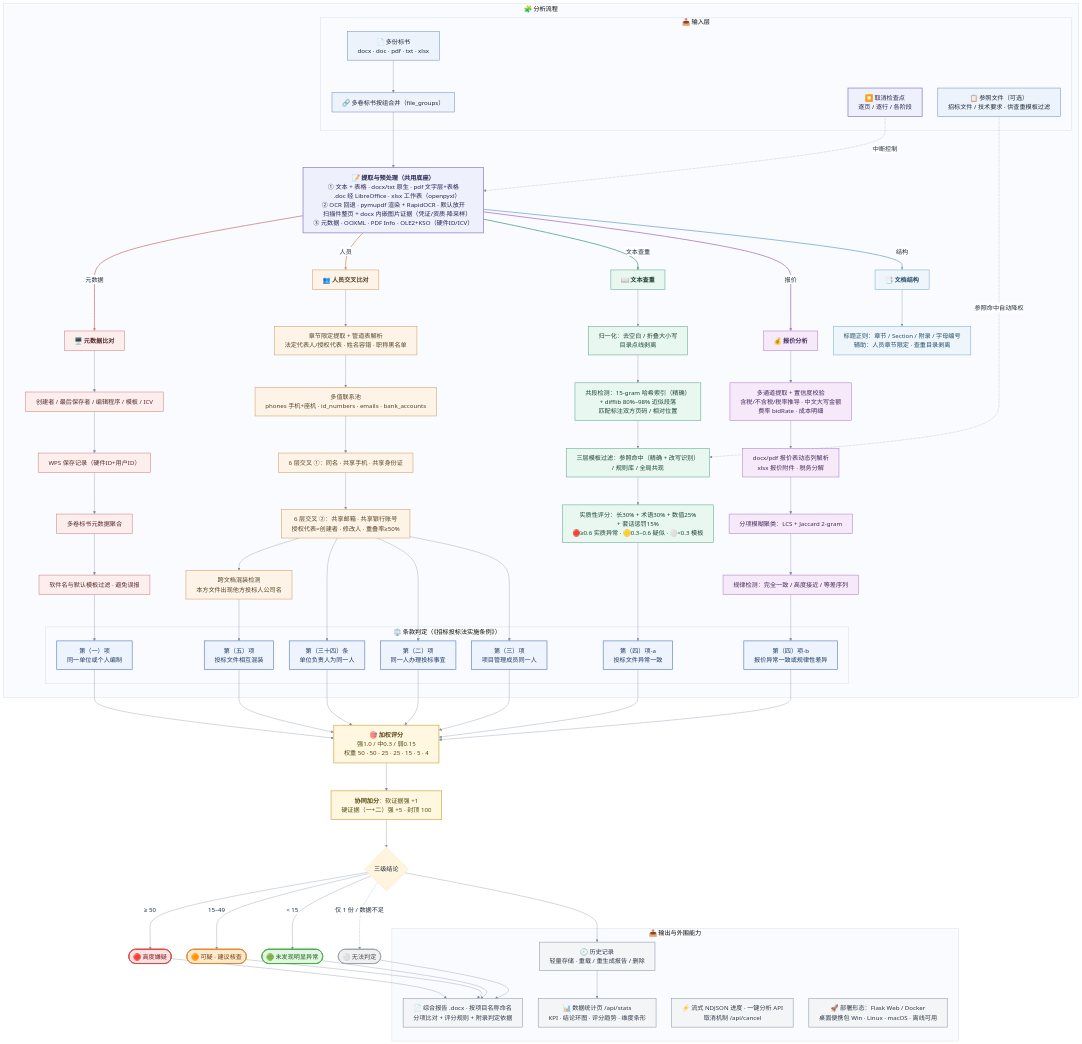
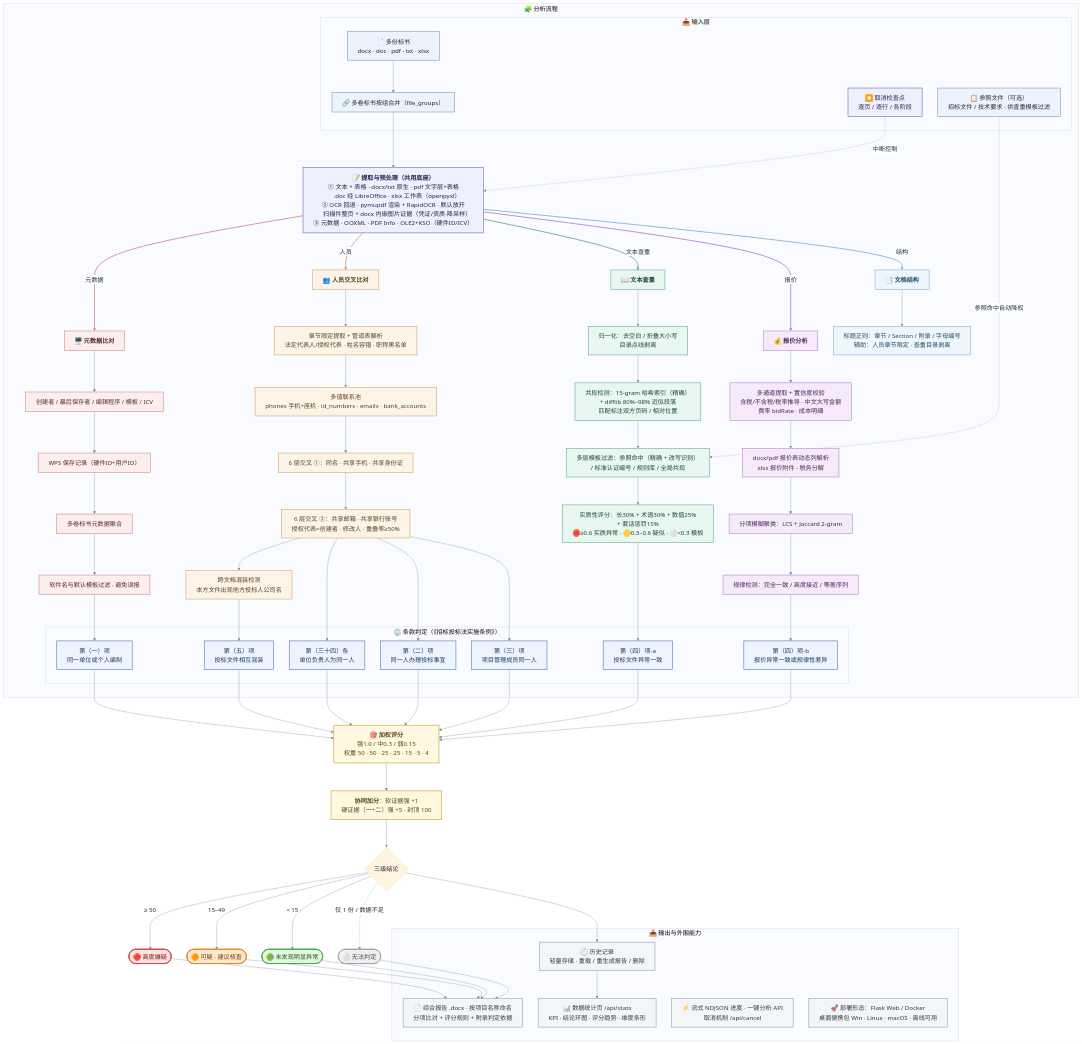
One commit to yjiao286/xingyicha-bid-rigging-detection changed the diagram in output/整体流程图mermaid.md. Above: the diagram before and after it, drawn with Mermaid. The commit also changed 6 other files, not shown here.

```diff
--- a/output/整体流程图mermaid.md
+++ b/output/整体流程图mermaid.md
@@ -30,7 +30,7 @@
         T0["<b>📖 文本查重</b>"]
         T1["归一化：去空白 / 折叠大小写<br/>目录点线剥离"]
         T2["共段检测：15-gram 哈希索引（精确）<br/>+ difflib 80%–98% 近似段落<br/>匹配标注双方页码 / 相对位置"]
-        T3["三层模板过滤：参照命中（精确 + 改写识别）<br/>/ 规则库 / 全局共现"]
+        T3["多层模板过滤：参照命中（精确 + 改写识别）<br/>/ 标准认证编号 / 规则库 / 全局共现"]
         T4["实质性评分：长30% + 术语30% + 数值25%<br/>+ 套话惩罚15%<br/>🔴≥0.6 实质异常 · 🟡0.3–0.6 疑似 · ⚪&lt;0.3 模板"]
 
         R0["<b>💰 报价分析</b>"]
```
